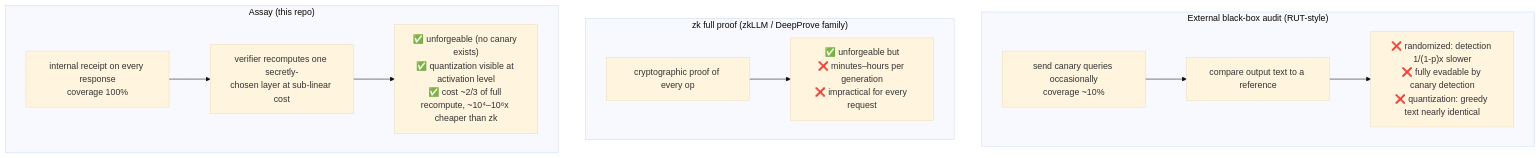
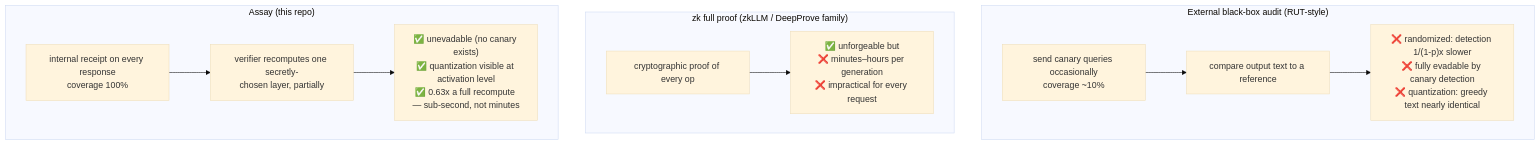
One commit to NagaYu/assay changed the second of 3 diagrams in README.md. Above: the diagram before and after it, drawn with Mermaid (base theme). The commit also changed other lines of this file and 18 other files, not shown here.

````diff
--- a/README.md
+++ b/README.md
@@ -57,14 +58,14 @@
 ```mermaid
 flowchart TB
     subgraph BB["External black-box audit (RUT-style)"]
         b1["send canary queries occasionally<br/>coverage ~10%"] --> b2["compare output text to a reference"]
         b2 --> b3["❌ randomized: detection 1/(1-p)x slower<br/>❌ fully evadable by canary detection<br/>❌ quantization: greedy text nearly identical"]
     end
     subgraph ZK["zk full proof (zkLLM / DeepProve family)"]
         z1["cryptographic proof of every op"] --> z2["✅ unforgeable but<br/>❌ minutes–hours per generation<br/>❌ impractical for every request"]
     end
     subgraph AS["Assay (this repo)"]
-        a1["internal receipt on every response<br/>coverage 100%"] --> a2["verifier recomputes one secretly-<br/>chosen layer at sub-linear cost"]
-        a2 --> a3["✅ unforgeable (no canary exists)<br/>✅ quantization visible at activation level<br/>✅ cost ~2/3 of full recompute, ~10⁴–10⁶x cheaper than zk"]
+        a1["internal receipt on every response<br/>coverage 100%"] --> a2["verifier recomputes one secretly-<br/>chosen layer, partially"]
+        a2 --> a3["✅ unevadable (no canary exists)<br/>✅ quantization visible at activation level<br/>✅ 0.63x a full recompute — sub-second, not minutes"]
     end
 ```
````
